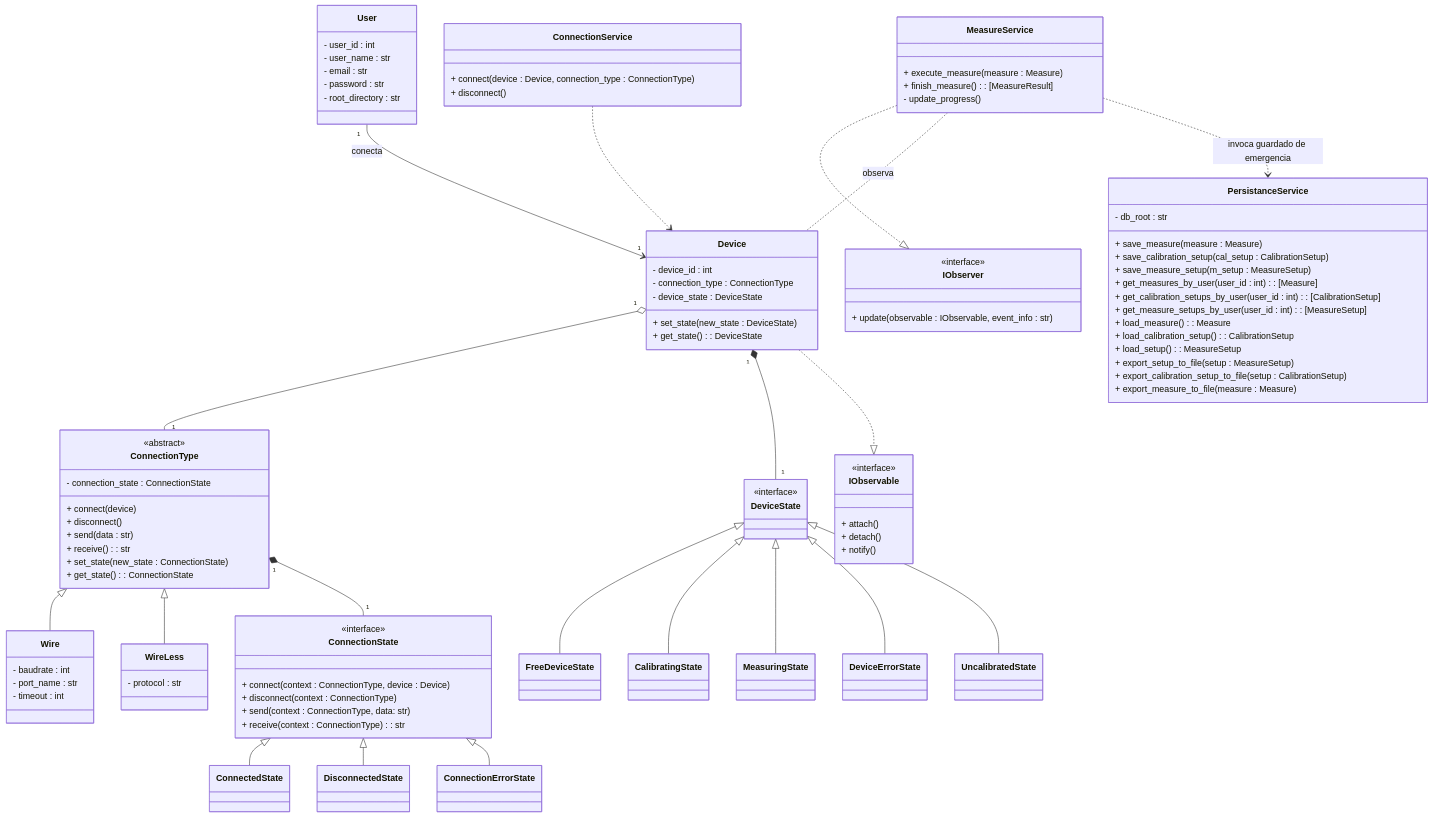
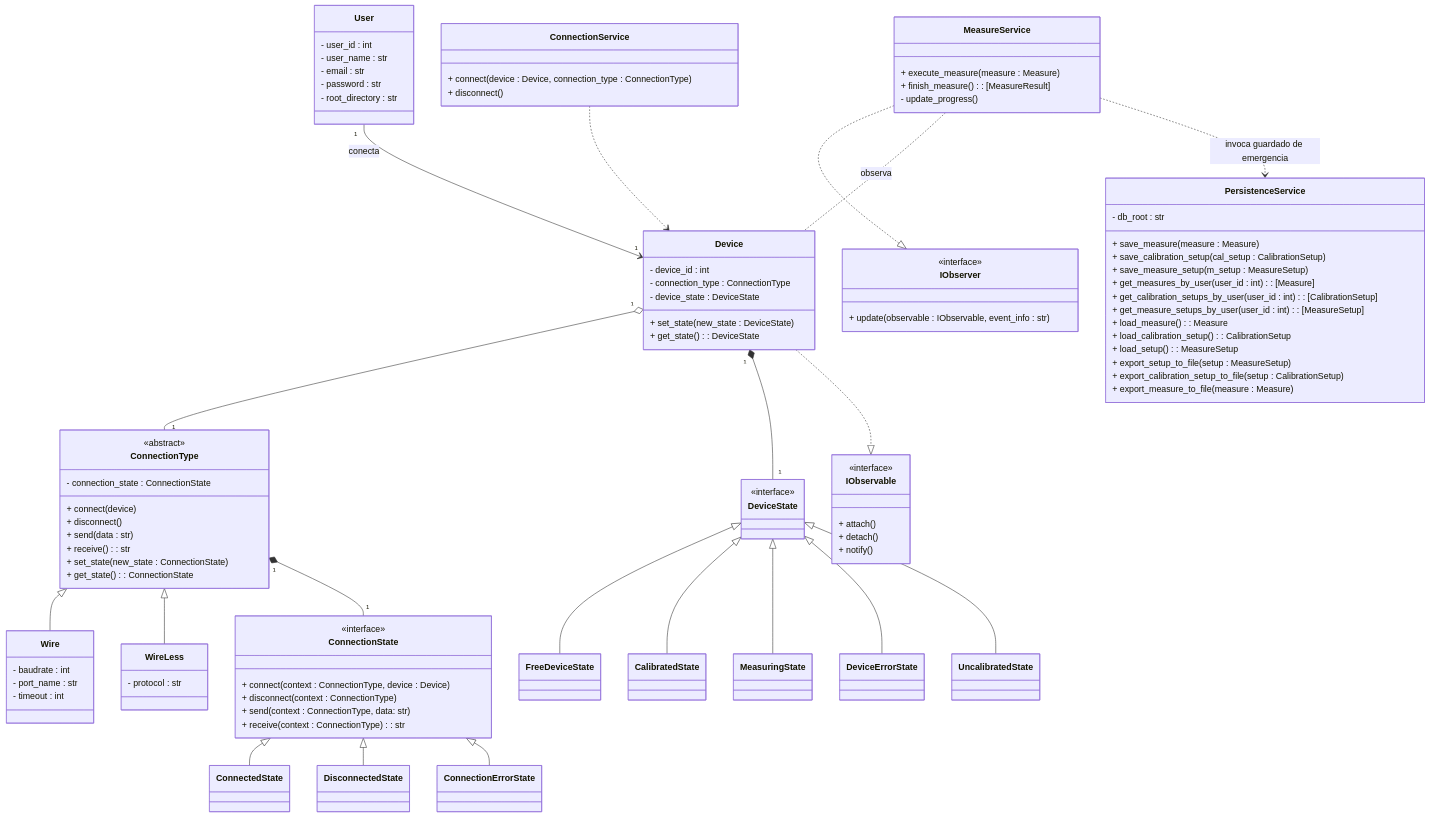
Before and after one commit to alegrelias/Repo-GMini: the second of 6 diagrams in Gmini-MarkDown/Diagramas/Clases Conceptuales.md, drawn with Mermaid. The commit also changed other lines of this file, not shown here.

Commit message:
Se modifica diagrama de clases

```diff
--- a/Gmini-MarkDown/Diagramas/Clases Conceptuales.md
+++ b/Gmini-MarkDown/Diagramas/Clases Conceptuales.md
@@ -232,7 +232,7 @@
 ConnectionType <|-- WireLess
 
 DeviceState <|-- FreeDeviceState
-DeviceState <|-- CalibratingState
+DeviceState <|-- CalibratedState
 DeviceState <|-- MeasuringState
 DeviceState <|-- DeviceErrorState
 DeviceState <|-- UncalibratedState
@@ -295,10 +295,10 @@
 class DeviceState{
 		<<interface>>
 	}
-class FreeDeviceState
-class CalibratingState
-class MeasuringState
-class DeviceErrorState
+	class FreeDeviceState
+	class CalibratedState
+	class MeasuringState
+	class DeviceErrorState
 
 %% observer patern
 class IObserver{
@@ -319,7 +319,7 @@
 	+ finish_measure() : [MeasureResult]
 	- update_progress()
 }
-class PersistanceService{
+class PersistenceService{
 	- db_root : str
 	  
 	%% operaciones en db
@@ -354,7 +354,7 @@
 
 MeasureService ..|> IObserver
 MeasureService .. Device : observa
-MeasureService ..> PersistanceService : invoca guardado de emergencia
+MeasureService ..> PersistenceService : invoca guardado de emergencia
 
 
 ConnectionService ..>  Device
```
